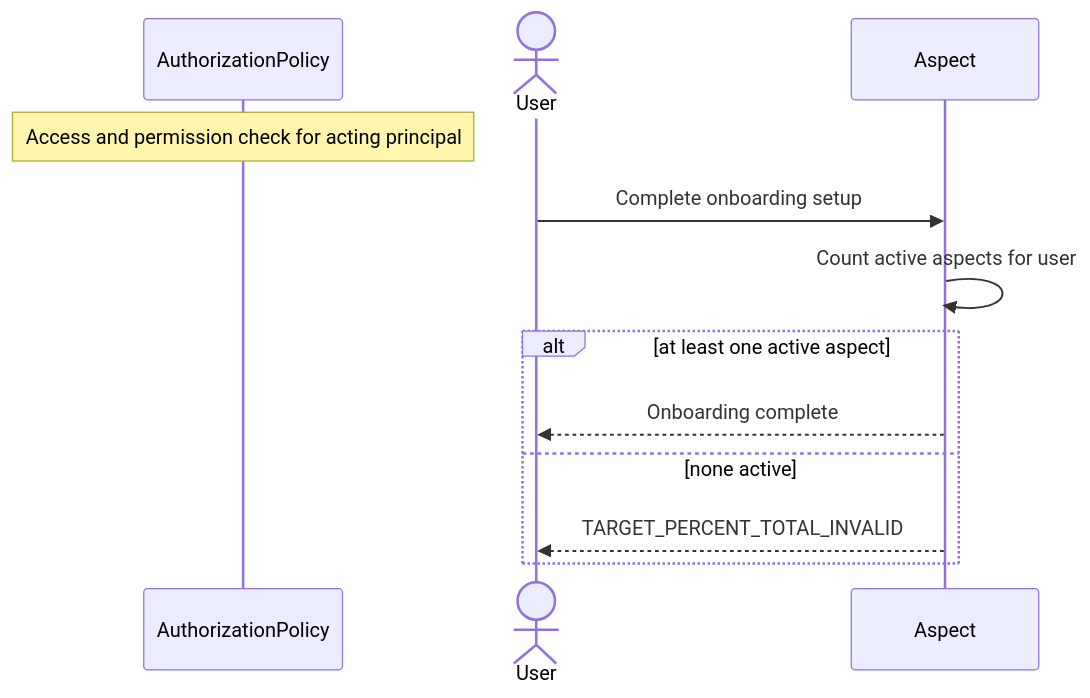
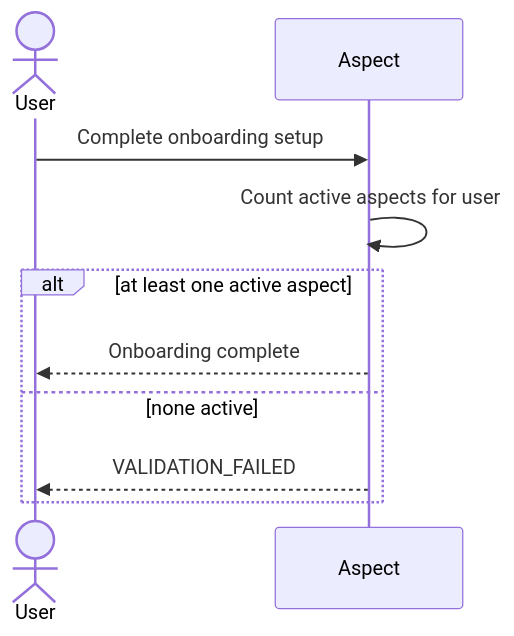
One commit to ChidiRnweke/margin changed the fifth of 7 diagrams in architecture/sequence-diagrams/01-auth-profile.md. Above: the diagram before and after it, drawn with Mermaid. The commit also changed other lines of this file and 12 other files, not shown here.

Commit message:
Enhance sequence diagrams and introduce traceability matrix

````diff
--- a/architecture/sequence-diagrams/01-auth-profile.md
+++ b/architecture/sequence-diagrams/01-auth-profile.md
@@ -68,14 +79,12 @@
 ```mermaid
 sequenceDiagram
-    participant G as AuthorizationPolicy
-    Note over G: Access and permission check for acting principal
     actor U as User
     participant A as Aspect
     U->>A: Complete onboarding setup
     A->>A: Count active aspects for user
     alt at least one active aspect
-      A-->>U: Onboarding complete
+        A-->>U: Onboarding complete
     else none active
-      A-->>U: TARGET_PERCENT_TOTAL_INVALID
+        A-->>U: VALIDATION_FAILED
     end
 ```
````
